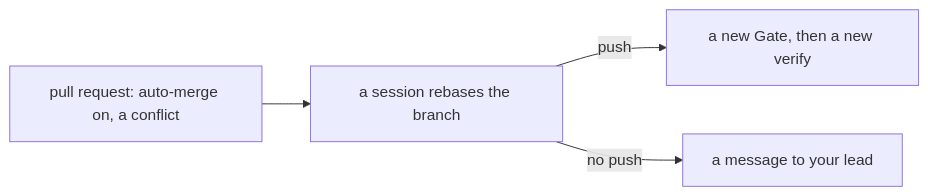
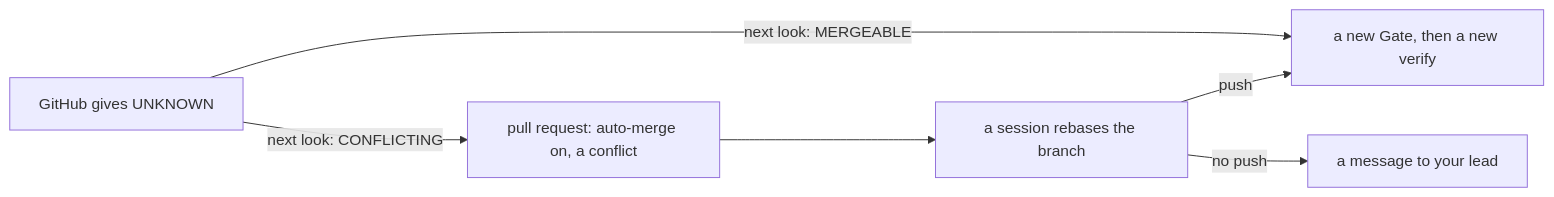
Diagram 18 of 48 in docs/src/development.md (como-technologies/riff), drawn with Mermaid before and after one commit. The commit also changed other lines of this file and 4 other files, not shown here.

First line of the commit message:
The wave starts no verify of a pull request whose mergeable is UNKNOWN (#1481)

````diff
--- a/docs/src/development.md
+++ b/docs/src/development.md
@@ -1569,6 +1575,8 @@
 ```mermaid
 flowchart LR
     C["pull request: auto-merge on, a conflict"] --> R["a session rebases the branch"]
     R -- "push" --> V["a new Gate, then a new verify"]
     R -- "no push" --> L["a message to your lead"]
+    U["GitHub gives UNKNOWN"] -- "next look: MERGEABLE" --> V
+    U -- "next look: CONFLICTING" --> C
 ```
````
